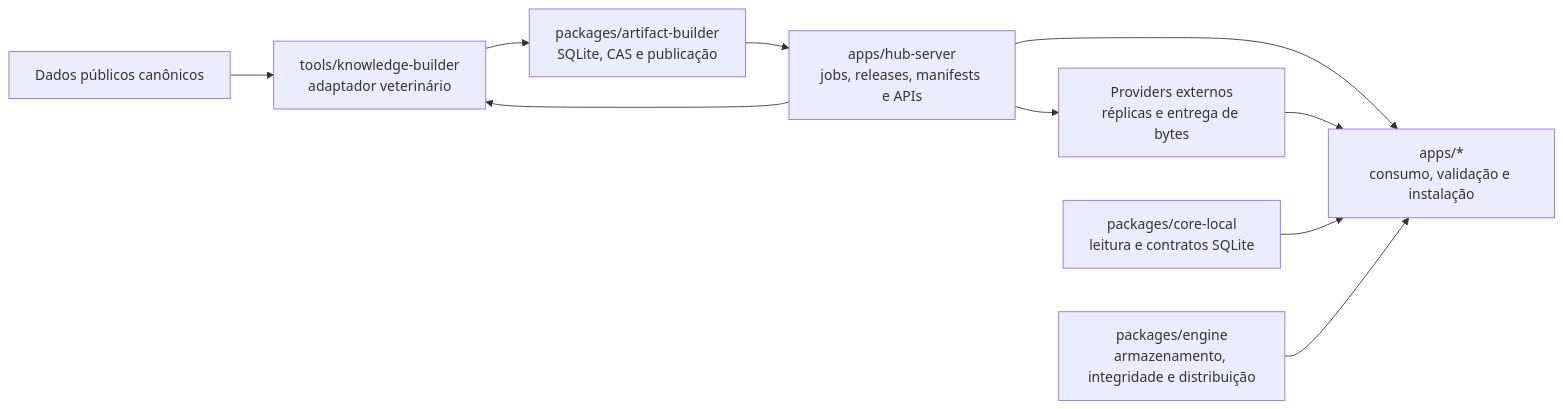
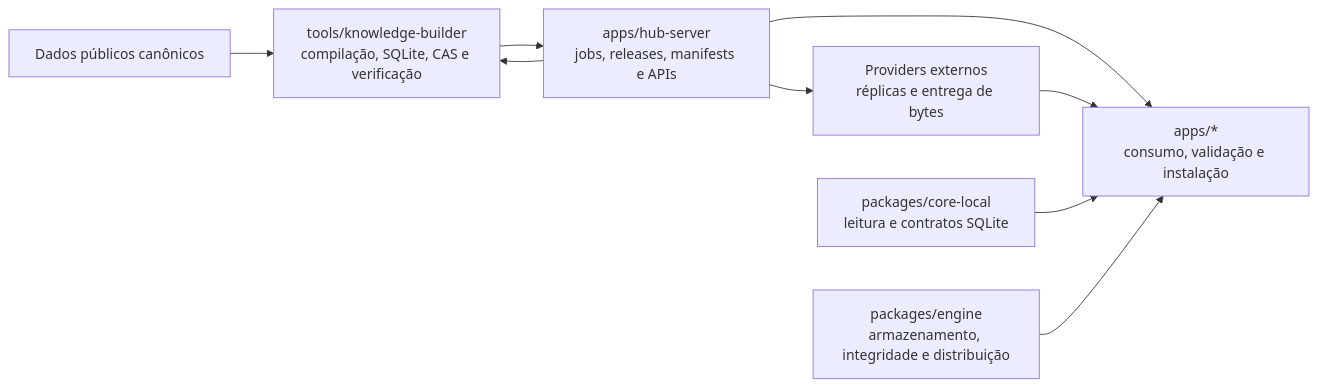
One commit to migmoroni/veterinary-clinic changed the third of 3 diagrams in docs/plans/hub-server/README.md. Above: the diagram before and after it, drawn with Mermaid. The commit also changed other lines of this file and 9 other files, not shown here.

````diff
--- a/docs/plans/hub-server/README.md
+++ b/docs/plans/hub-server/README.md
@@ -341,12 +330,11 @@
 ```mermaid
 flowchart LR
-    DATA["Dados públicos canônicos"] --> BUILDER["tools/knowledge-builder<br/>adaptador veterinário"]
-    BUILDER --> ARTIFACTS["packages/artifact-builder<br/>SQLite, CAS e publicação"]
+    DATA["Dados públicos canônicos"] --> BUILDER["tools/knowledge-builder<br/>compilação, SQLite, CAS e verificação"]
     HUB["apps/hub-server<br/>jobs, releases, manifests e APIs"] --> BUILDER
-    ARTIFACTS --> HUB
+    BUILDER --> HUB
     HUB --> APP["apps/*<br/>consumo, validação e instalação"]
     HUB --> PROVIDERS["Providers externos<br/>réplicas e entrega de bytes"]
     PROVIDERS --> APP
     CORE["packages/core-local<br/>leitura e contratos SQLite"] --> APP
     ENGINE["packages/engine<br/>armazenamento, integridade e distribuição"] --> APP
 ```
````
